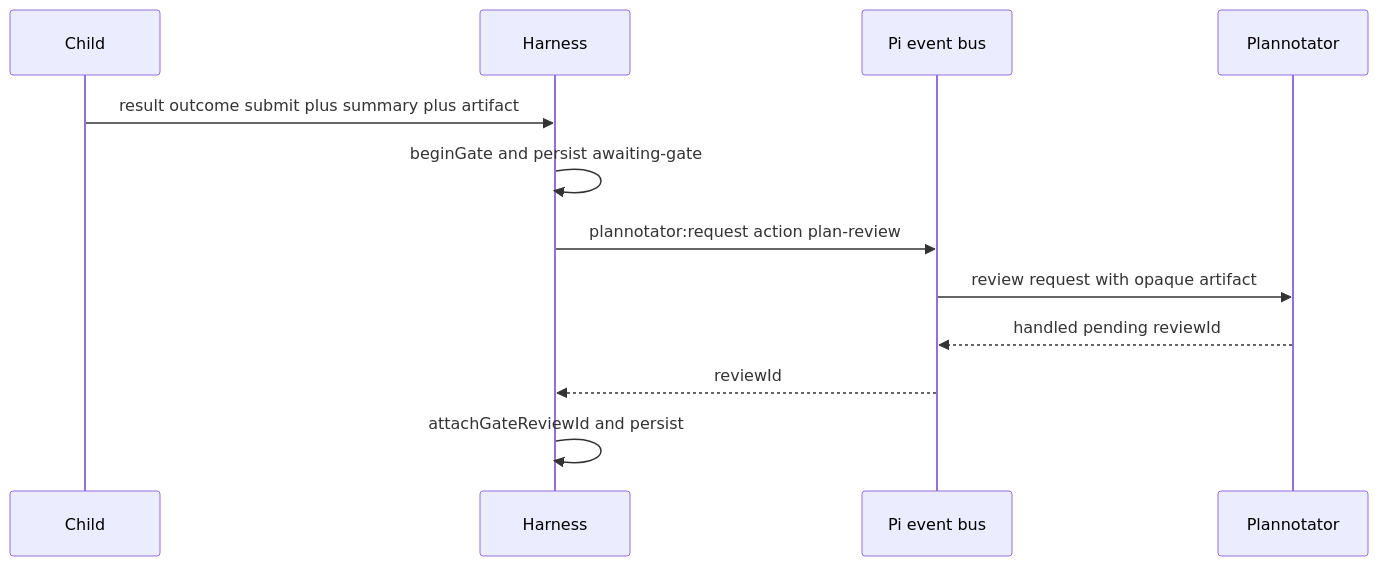
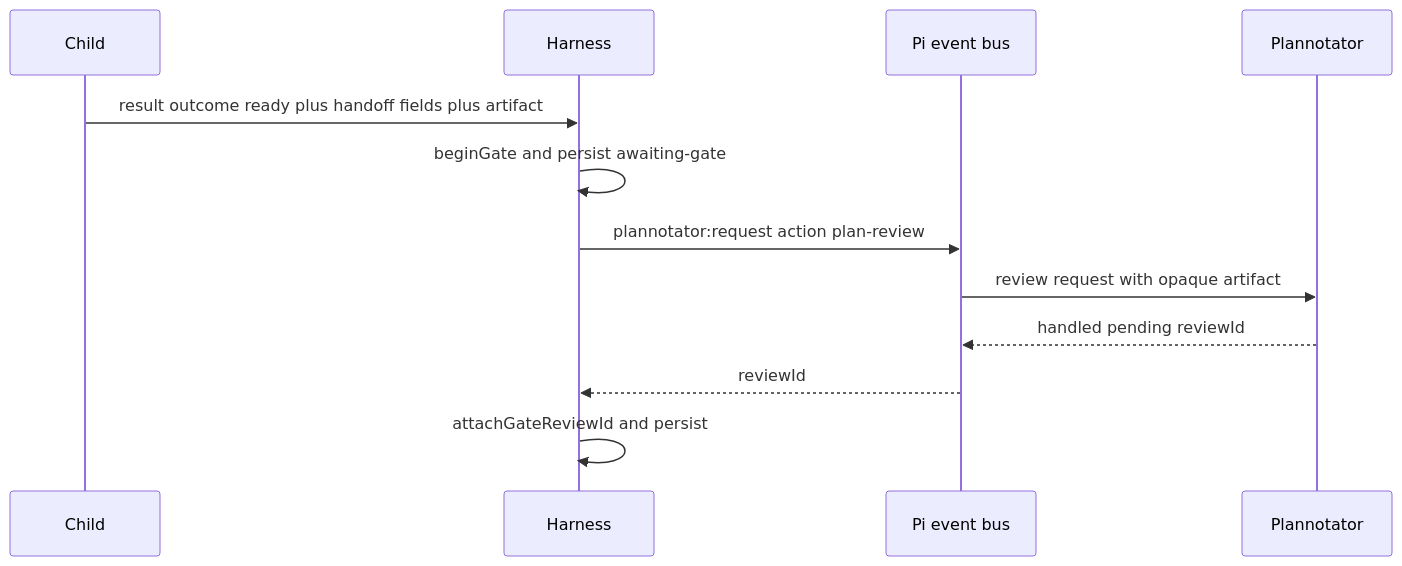
One commit to wichayutdew/pi-workflows changed the third of 6 diagrams in openwiki/integrations/plannotator.md. Above: the diagram before and after it, drawn with Mermaid. The commit also changed other lines of this file and 103 other files, not shown here.

````diff
--- a/openwiki/integrations/plannotator.md
+++ b/openwiki/integrations/plannotator.md
@@ -47,15 +43,15 @@
 ```mermaid
 sequenceDiagram
   participant Child
   participant Harness
   participant Pi as Pi event bus
   participant Review as Plannotator
 
-  Child->>Harness: result outcome submit plus summary plus artifact
+  Child->>Harness: result outcome ready plus handoff fields plus artifact
   Harness->>Harness: beginGate and persist awaiting-gate
   Harness->>Pi: plannotator:request action plan-review
   Pi->>Review: review request with opaque artifact
   Review-->>Pi: handled pending reviewId
   Pi-->>Harness: reviewId
   Harness->>Harness: attachGateReviewId and persist
 ```
````
